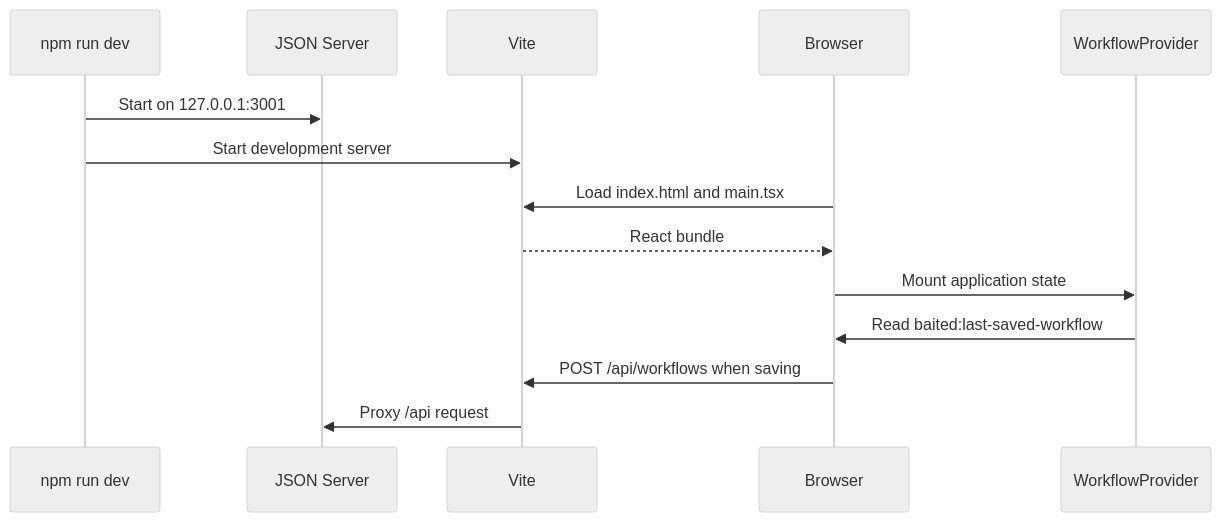
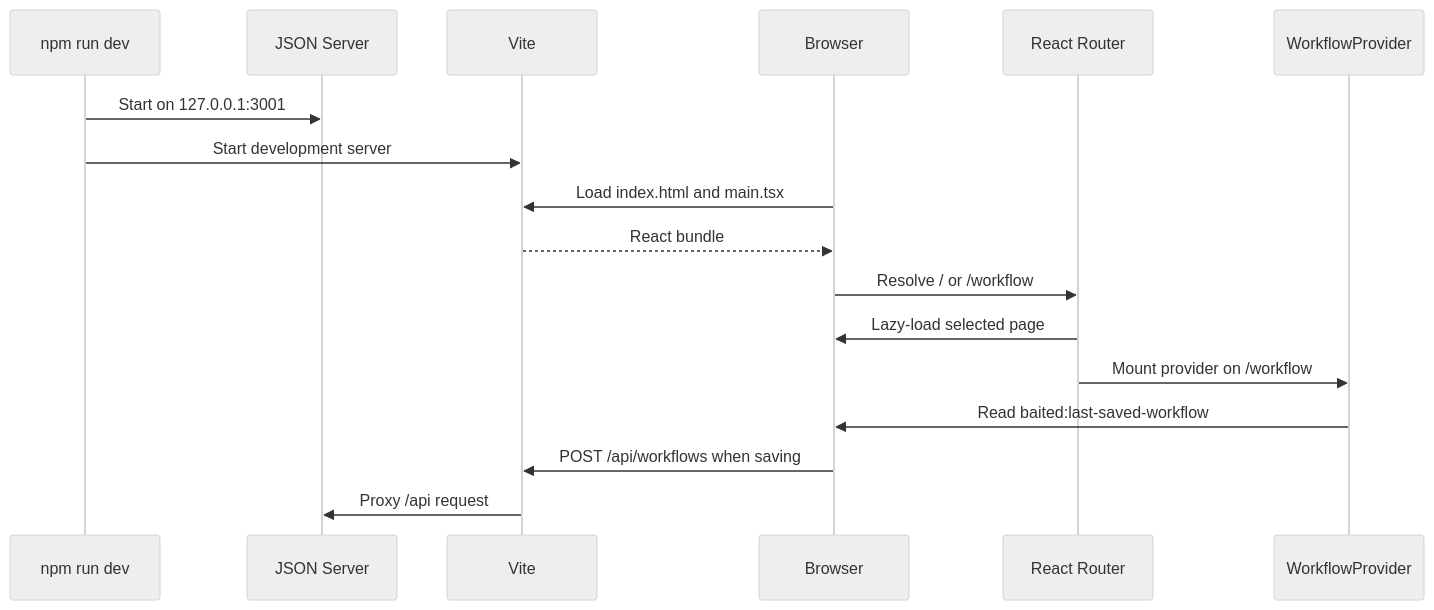
One commit to alezemelo/Baited changed the diagram in docs/02-bootstrap-and-runtime.md. Above: the diagram before and after it, drawn with Mermaid (neutral theme). The commit also changed other lines of this file and 38 other files, not shown here.

````diff
--- a/docs/02-bootstrap-and-runtime.md
+++ b/docs/02-bootstrap-and-runtime.md
@@ -16,17 +16,20 @@
 ```mermaid
 sequenceDiagram
   participant CLI as npm run dev
   participant API as JSON Server
   participant Vite as Vite
   participant Browser as Browser
+  participant Router as React Router
   participant Provider as WorkflowProvider
 
   CLI->>API: Start on 127.0.0.1:3001
   CLI->>Vite: Start development server
   Browser->>Vite: Load index.html and main.tsx
   Vite-->>Browser: React bundle
-  Browser->>Provider: Mount application state
+  Browser->>Router: Resolve / or /workflow
+  Router->>Browser: Lazy-load selected page
+  Router->>Provider: Mount provider on /workflow
   Provider->>Browser: Read baited:last-saved-workflow
   Browser->>Vite: POST /api/workflows when saving
   Vite->>API: Proxy /api request
 ```
````
